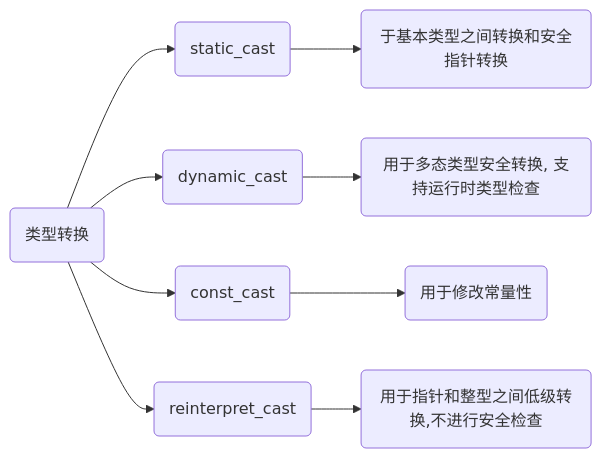
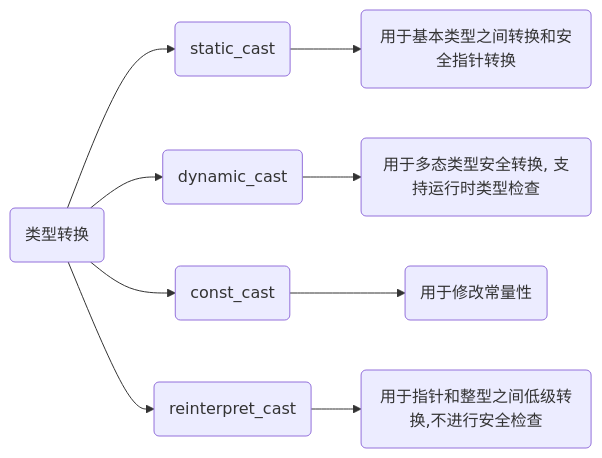
The diagram in _posts/language/c_c++/c++/2024-09-28-类型转换.md (dmjcb/dmjcb.github.io), drawn with Mermaid before and after one commit. The commit also changed 58 other files, not shown here.

````diff
--- a/_posts/language/c_c++/c++/2024-09-28-类型转换.md
+++ b/_posts/language/c_c++/c++/2024-09-28-类型转换.md
@@ -11,8 +11,8 @@
 ```mermaid
 graph LR;
     X(类型转换)
-    X-->S(static_cast)-->S1(于基本类型之间转换和安全指针转换)
+    X-->S(static_cast)-->S1(用于基本类型之间转换和安全指针转换)
     X-->D(dynamic_cast)-->D1(用于多态类型安全转换, 支持运行时类型检查)
     X-->C(const_cast)-->C1(用于修改常量性)
     X-->R(reinterpret_cast)-->R1(用于指针和整型之间低级转换,不进行安全检查)
 ```
````
